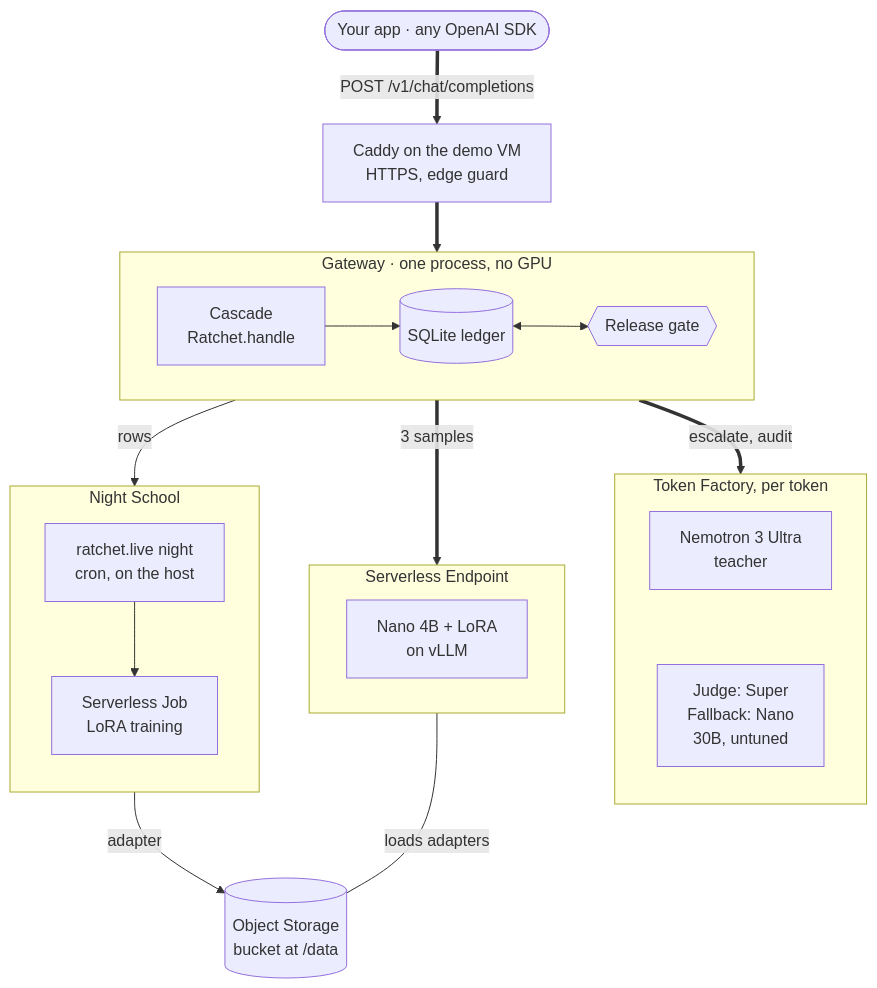
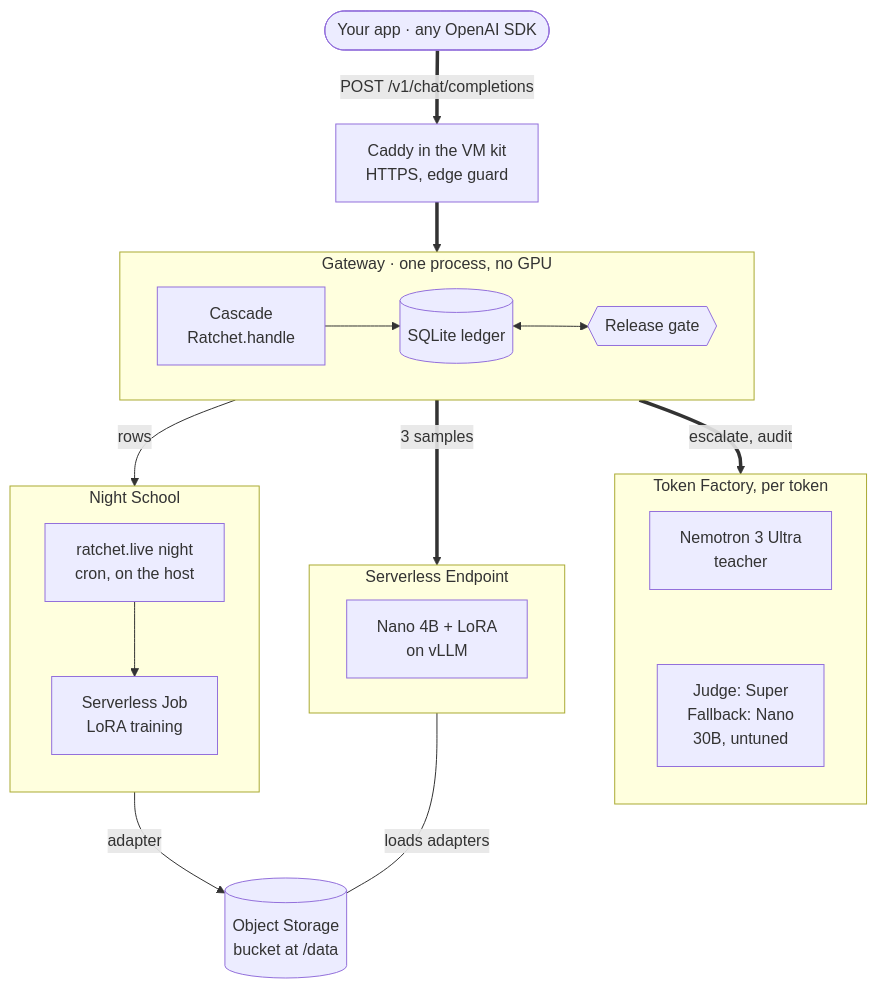
One commit to harshbhx/ratchet changed the first of 4 diagrams in docs-site/src/content/docs/guides/big-picture.mdx. Above: the diagram before and after it, drawn with Mermaid. The commit also changed other lines of this file and 79 other files, not shown here.

````diff
--- a/docs-site/src/content/docs/guides/big-picture.mdx
+++ b/docs-site/src/content/docs/guides/big-picture.mdx
@@ -58,37 +58,37 @@
 ```mermaid
 flowchart TB
-  app(["Your app · any OpenAI SDK"]) ==>|"POST /v1/chat/completions"| caddy["Caddy on the demo VM<br/>HTTPS, edge guard"]
+  app(["Your app · any OpenAI SDK"]) ==>|"POST /v1/chat/completions"| caddy["Caddy in the VM kit<br/>HTTPS, edge guard"]
   caddy ==> gw
   subgraph gw["Gateway · one process, no GPU"]
     direction LR
     router["Cascade<br/>Ratchet.handle"] --> ledger[("SQLite ledger")]
     ledger <--> gate{{"Release gate"}}
   end
   subgraph tf["Token Factory, per token"]
     direction TB
     teacher["Nemotron 3 Ultra<br/>teacher"]
     teacher ~~~ others["Judge: Super<br/>Fallback: Nano<br/>30B, untuned"]
   end
   subgraph ep["Serverless Endpoint"]
     student["Nano 4B + LoRA<br/>on vLLM"]
   end
   subgraph ns["Night School"]
     direction TB
     night["ratchet.live night<br/>cron, on the host"] --> job["Serverless Job<br/>LoRA training"]
   end
   bucket[("Object Storage<br/>bucket at /data")]
   gw ==>|"escalate, audit"| tf
   gw ==>|"3 samples"| ep
   gw -->|"rows"| ns
   ns -->|"adapter"| bucket
   ep ---|"loads adapters"| bucket
 
   class app,router,night,job neutral
   class caddy,others outline
   class gate gate
   class ledger,bucket store
   class student student
   class teacher teacher
   class ep studentZone
   class tf teacherZone
 ```
````
